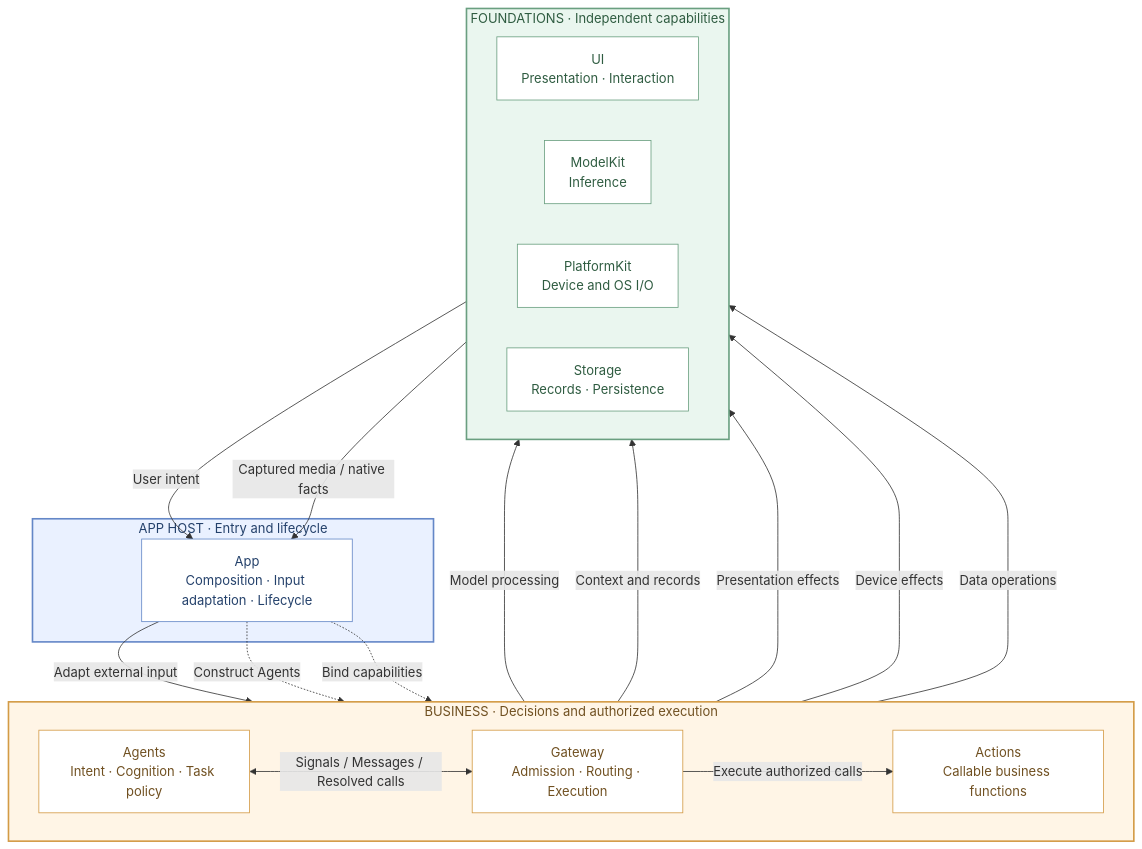
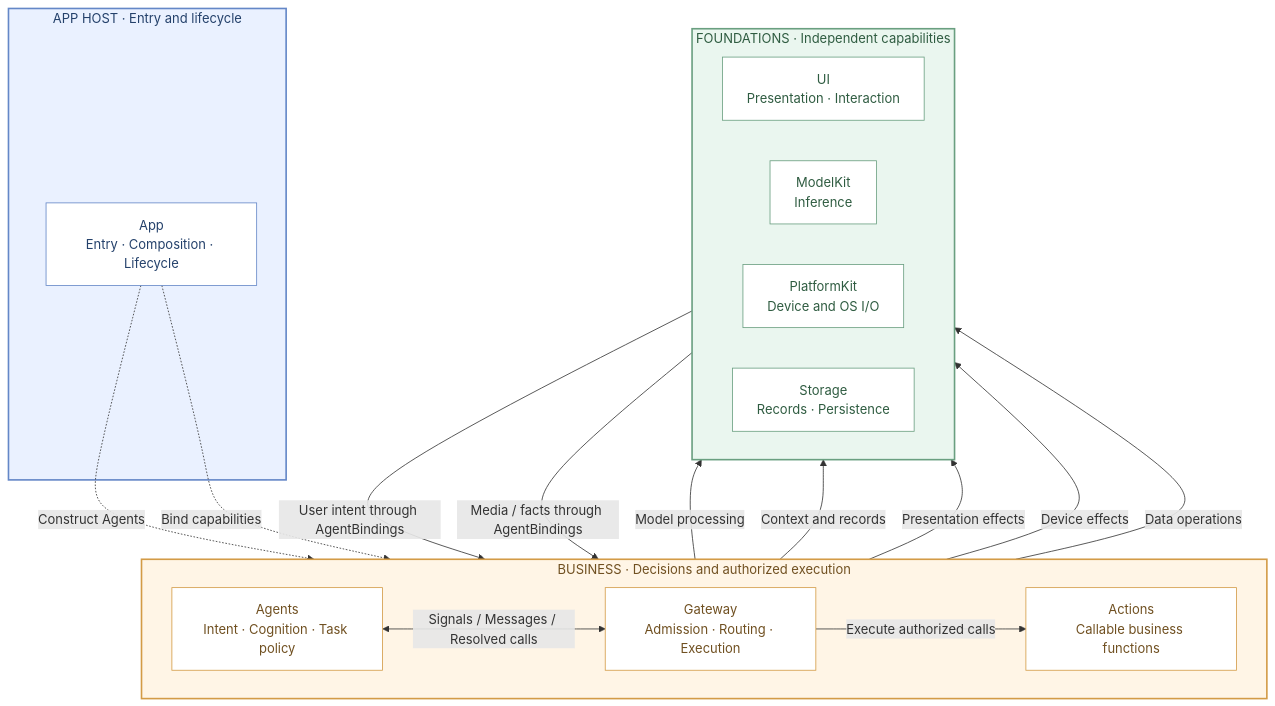
The first of 32 diagrams in MobileHarness/README.md (devilyouwei/MobileHarness), drawn with Mermaid before and after one commit. The commit also changed other lines of this file and 254 other files, not shown here.

First line of the commit message:
refactor: isolate app composition and module bindings

````diff
--- a/MobileHarness/README.md
+++ b/MobileHarness/README.md
@@ -21,45 +21,44 @@
 ```mermaid
 flowchart TB
     subgraph Host["APP HOST · Entry and lifecycle"]
-        App["App<br/>Composition · Input adaptation · Lifecycle"]
+        App["App<br/>Entry · Composition · Lifecycle"]
     end
 
     subgraph Business["BUSINESS · Decisions and authorized execution"]
         direction LR
         Agents["Agents<br/>Intent · Cognition · Task policy"]
         Gateway["Gateway<br/>Admission · Routing · Execution"]
         Actions["Actions<br/>Callable business functions"]
     end
 
     subgraph Foundations["FOUNDATIONS · Independent capabilities"]
         direction LR
         UI["UI<br/>Presentation · Interaction"]
         ModelKit["ModelKit<br/>Inference"]
         PlatformKit["PlatformKit<br/>Device and OS I/O"]
         Storage["Storage<br/>Records · Persistence"]
     end
 
-    UI -->|User intent| App
-    PlatformKit -->|Captured media / native facts| App
-    App -->|Adapt external input| Gateway
+    UI -->|User intent through AgentBindings| Gateway
+    PlatformKit -->|Media / facts through AgentBindings| Gateway
     App -.->|Construct Agents| Agents
     App -.->|Bind capabilities| Actions
 
     Agents <-->|Signals / Messages / Resolved calls| Gateway
     Gateway -->|Execute authorized calls| Actions
     Agents -->|Model processing| ModelKit
     Agents -->|Context and records| Storage
     Actions -->|Presentation effects| UI
     Actions -->|Device effects| PlatformKit
     Actions -->|Data operations| Storage
 
     style Host fill:#eaf1ff,stroke:#6487c7,stroke-width:2px,color:#24416b
     style Business fill:#fff5e6,stroke:#d39b46,stroke-width:2px,color:#705021
     style Foundations fill:#eaf6ef,stroke:#6a9f80,stroke-width:2px,color:#2f5c41
     classDef host fill:#ffffff,stroke:#6487c7,color:#24416b
     classDef business fill:#ffffff,stroke:#d39b46,color:#705021
     classDef foundation fill:#ffffff,stroke:#6a9f80,color:#2f5c41
     class App host
     class Agents,Gateway,Actions business
     class UI,ModelKit,PlatformKit,Storage foundation
 ```
````
